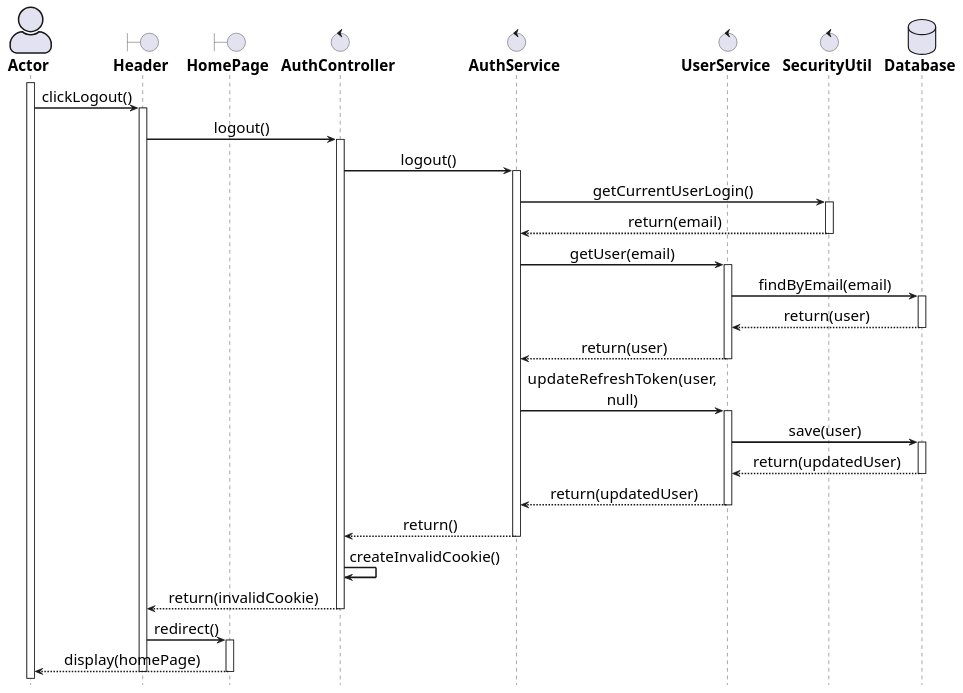
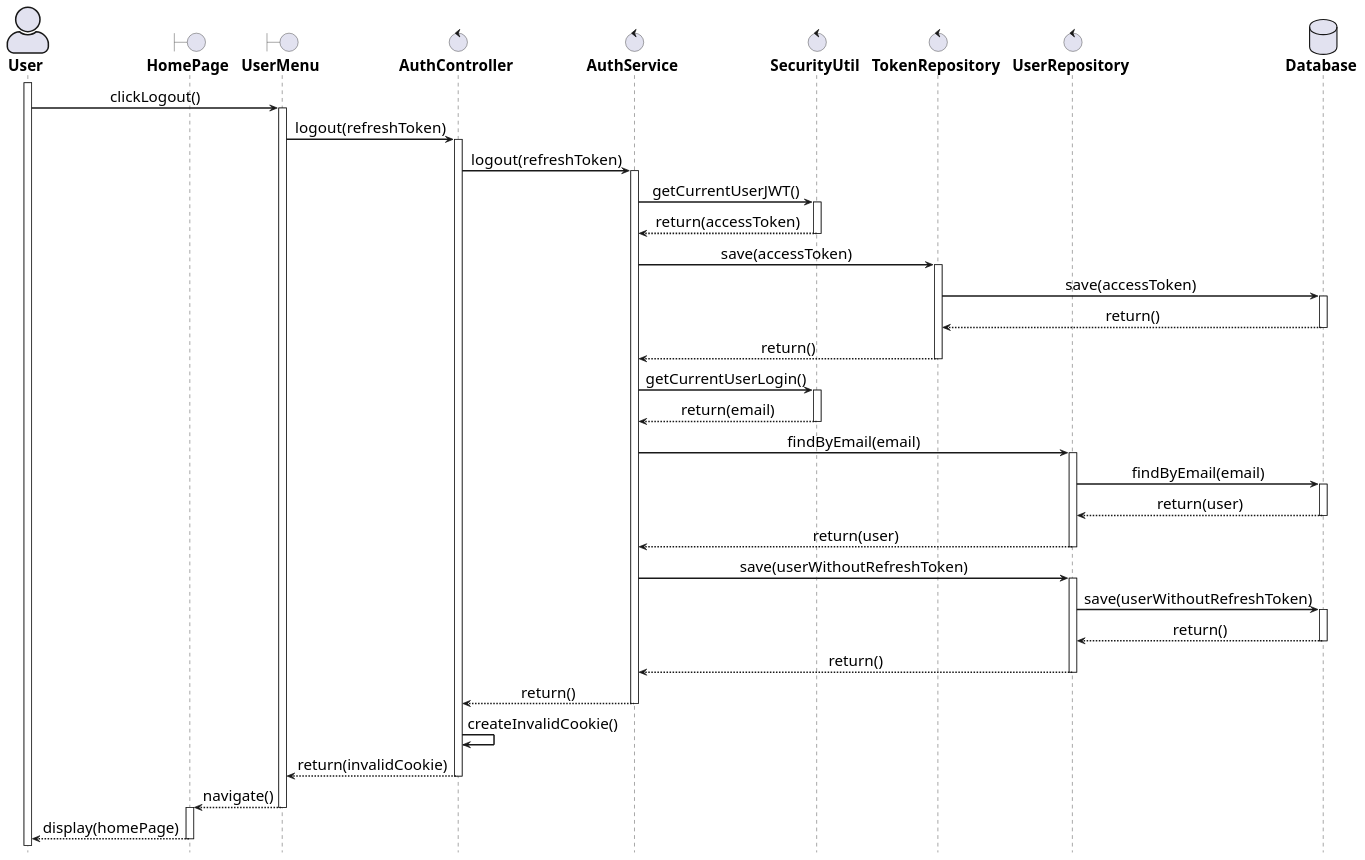
Before and after one commit to phuquy-28/clothing-store-spring: the diagram in docs/sequence-diagram/logout.pu, drawn with PlantUML. The commit also changed 27 other files, not shown here.

Commit message:
add fields product response; refactor sequence

```diff
--- a/docs/sequence-diagram/logout.pu
+++ b/docs/sequence-diagram/logout.pu
@@ -1,90 +1,104 @@
 @startuml
 
 ' General configuration
 skinparam defaultFontSize 20
 skinparam maxMessageSize 60
 skinparam sequenceMessageAlign center
-
-' Actor style configuration
 skinparam actorStyle awesome
 
 ' Arrow and border thickness configuration
 skinparam {
     ArrowThickness 2
     ParticipantBorderThickness 2
     ActorBorderThickness 2
     LifeLineBorderThickness 2
     ActivationBorderThickness 2
 }
 
-' Life line color configuration
+' Life line and font style configuration
 skinparam LifeLineBorderColor black
-
-' Font style configuration for components
 skinparam {
     actorFontStyle bold
     boundaryFontStyle bold
     controlFontStyle bold
     entityFontStyle bold
     databaseFontStyle bold
 }
 
 ' Define components
-actor "Actor" as actor
-boundary "Header" as headerComponent
+actor "User" as actor
 boundary "HomePage" as homePage
+boundary "UserMenu" as menu
 control "AuthController" as controller
 control "AuthService" as service
-control "UserService" as userService
 control "SecurityUtil" as securityUtil
-database "Database" as db
+control "TokenRepository" as blacklistDb
+control "UserRepository" as userRepo
+database "Database" as userDb
 
 ' Start processing flow
 activate actor
-actor -> headerComponent: clickLogout()
-activate headerComponent
+actor -> menu: clickLogout()
+activate menu
 
-headerComponent -> controller: logout()
+menu -> controller: logout(refreshToken)
 activate controller
 
-controller -> service: logout()
+controller -> service: logout(refreshToken)
 activate service
 
+' Get current access token
+service -> securityUtil: getCurrentUserJWT()
+activate securityUtil
+securityUtil --> service: return(accessToken)
+deactivate securityUtil
+
+' Add token to blacklist
+service -> blacklistDb: save(accessToken)
+activate blacklistDb
+blacklistDb -> userDb: save(accessToken)
+activate userDb
+userDb --> blacklistDb: return()
+deactivate userDb
+blacklistDb --> service: return()
+deactivate blacklistDb
+
+' Get current user and remove refresh token
 service -> securityUtil: getCurrentUserLogin()
 activate securityUtil
 securityUtil --> service: return(email)
 deactivate securityUtil
 
-service -> userService: getUser(email)
-activate userService
-userService -> db: findByEmail(email)
-activate db
-db --> userService: return(user)
-deactivate db
-userService --> service: return(user)
-deactivate userService
+service -> userRepo: findByEmail(email)
+activate userRepo
+userRepo -> userDb: findByEmail(email)
+activate userDb
+userDb --> userRepo: return(user)
+deactivate userDb
+userRepo --> service: return(user)
+deactivate userRepo
 
-service -> userService: updateRefreshToken(user, null)
-activate userService
-userService -> db: save(user)
-activate db
-db --> userService: return(updatedUser)
-deactivate db
-userService --> service: return(updatedUser)
-deactivate userService
+service -> userRepo: save(userWithoutRefreshToken)
+activate userRepo
+userRepo -> userDb: save(userWithoutRefreshToken)
+activate userDb
+userDb --> userRepo: return()
+deactivate userDb
+userRepo --> service: return()
+deactivate userRepo
 
 service --> controller: return()
 deactivate service
 
 controller -> controller: createInvalidCookie()
-controller --> headerComponent: return(invalidCookie)
+controller --> menu: return(invalidCookie)
 deactivate controller
 
-headerComponent -> homePage: redirect()
+menu --> homePage: navigate()
+deactivate menu
 activate homePage
 homePage --> actor: display(homePage)
 deactivate homePage
-deactivate headerComponent
 
 hide footbox
 @enduml
```
